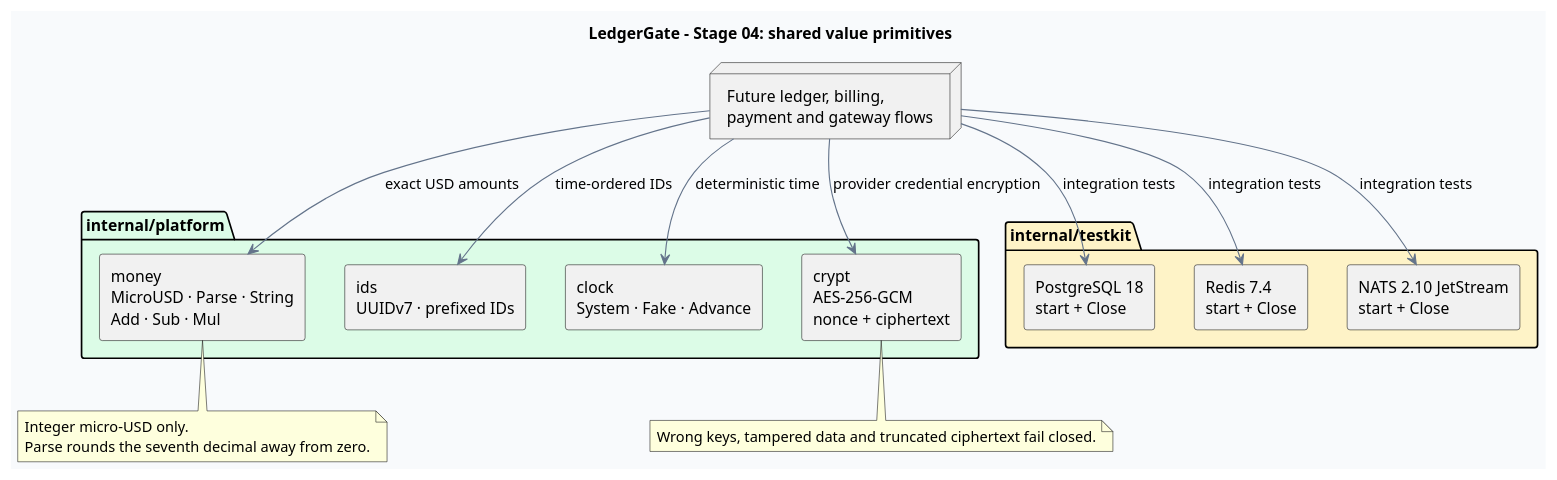
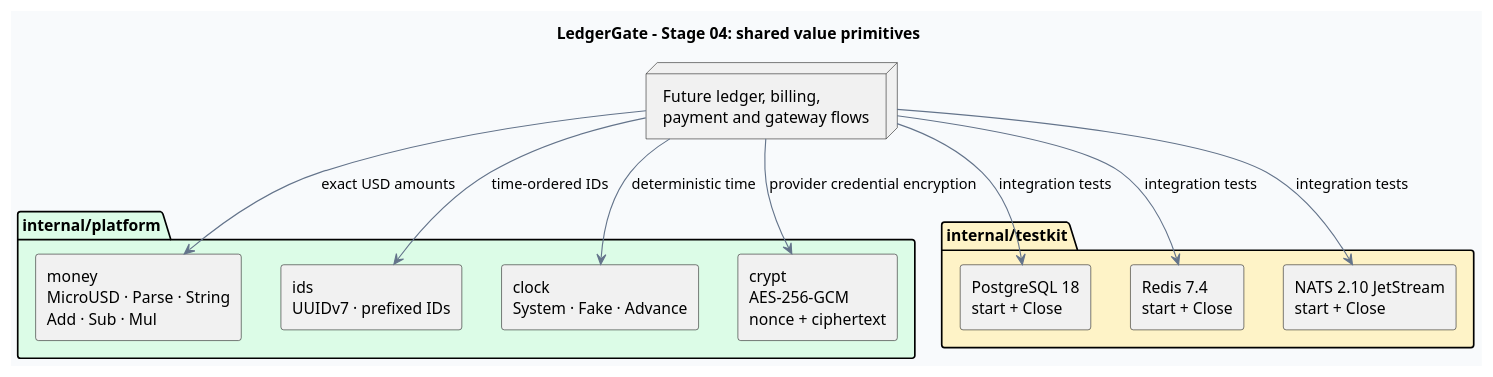
The diagram in docs/diagrams/stages/04-shared-value-primitives.puml (NicoYazawa/LedgerGate), drawn with PlantUML before and after one commit. The commit also changed 3 other files, not shown here.

```diff
--- a/docs/diagrams/stages/04-shared-value-primitives.puml
+++ b/docs/diagrams/stages/04-shared-value-primitives.puml
@@ -1,41 +1,31 @@
 @startuml 04-shared-value-primitives
 title LedgerGate - Stage 04: shared value primitives
 
 skinparam backgroundColor #F8FAFC
 skinparam shadowing false
 skinparam componentStyle rectangle
 skinparam ArrowColor #64748B
 
 package "internal/platform" #DCFCE7 {
   component "money\nMicroUSD · Parse · String\nAdd · Sub · Mul" as Money
   component "ids\nUUIDv7 · prefixed IDs" as IDs
   component "clock\nSystem · Fake · Advance" as Clock
   component "crypt\nAES-256-GCM\nnonce + ciphertext" as Crypt
 }
 
 package "internal/testkit" #FEF3C7 {
   component "PostgreSQL 18\nstart + Close" as Postgres
   component "Redis 7.4\nstart + Close" as Redis
   component "NATS 2.10 JetStream\nstart + Close" as NATS
 }
 
 node "Future ledger, billing,\npayment and gateway flows" as Future
 
 Future --> Money : exact USD amounts
 Future --> IDs : time-ordered IDs
 Future --> Clock : deterministic time
 Future --> Crypt : provider credential encryption
 Future --> Postgres : integration tests
 Future --> Redis : integration tests
 Future --> NATS : integration tests
-
-note bottom of Money
-  Integer micro-USD only.
-  Parse rounds the seventh decimal away from zero.
-end note
-
-note bottom of Crypt
-  Wrong keys, tampered data and truncated ciphertext fail closed.
-end note
-
 @enduml
```
